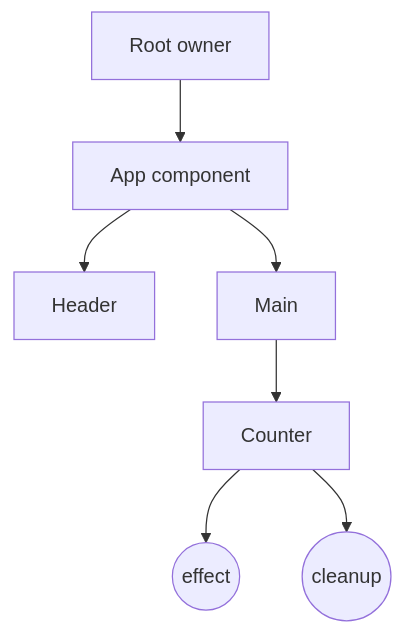
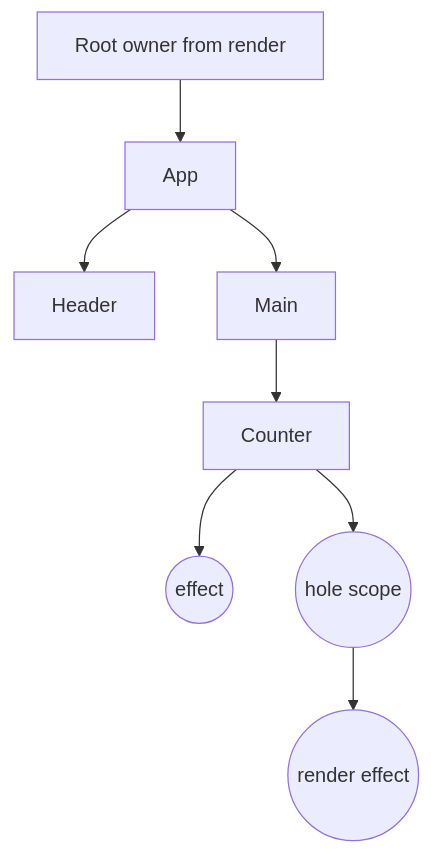
One commit to wybthon/wybthon changed the diagram in docs/concepts/lifecycle.md. Above: the diagram before and after it, drawn with Mermaid. The commit also changed other lines of this file and 160 other files, not shown here.

````diff
--- a/docs/concepts/lifecycle.md
+++ b/docs/concepts/lifecycle.md
@@ -11,9 +18,10 @@
 ```mermaid
 flowchart TD
-    Root[Root owner] --> App[App component]
+    Root[Root owner from render] --> App[App]
     App --> Header[Header]
     App --> Main[Main]
     Main --> Counter[Counter]
     Counter --> CountEffect((effect))
-    Counter --> ClickCleanup((cleanup))
+    Counter --> Hole((hole scope))
+    Hole --> RenderEffect((render effect))
 ```
````
